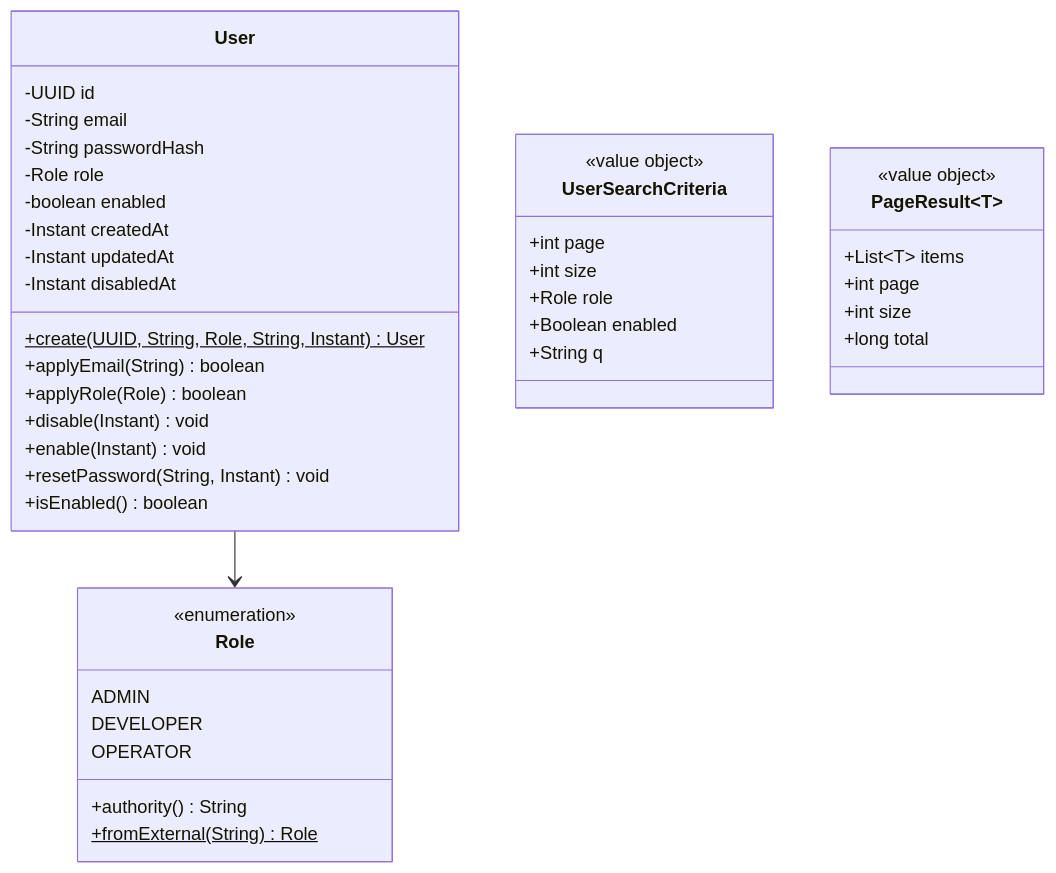
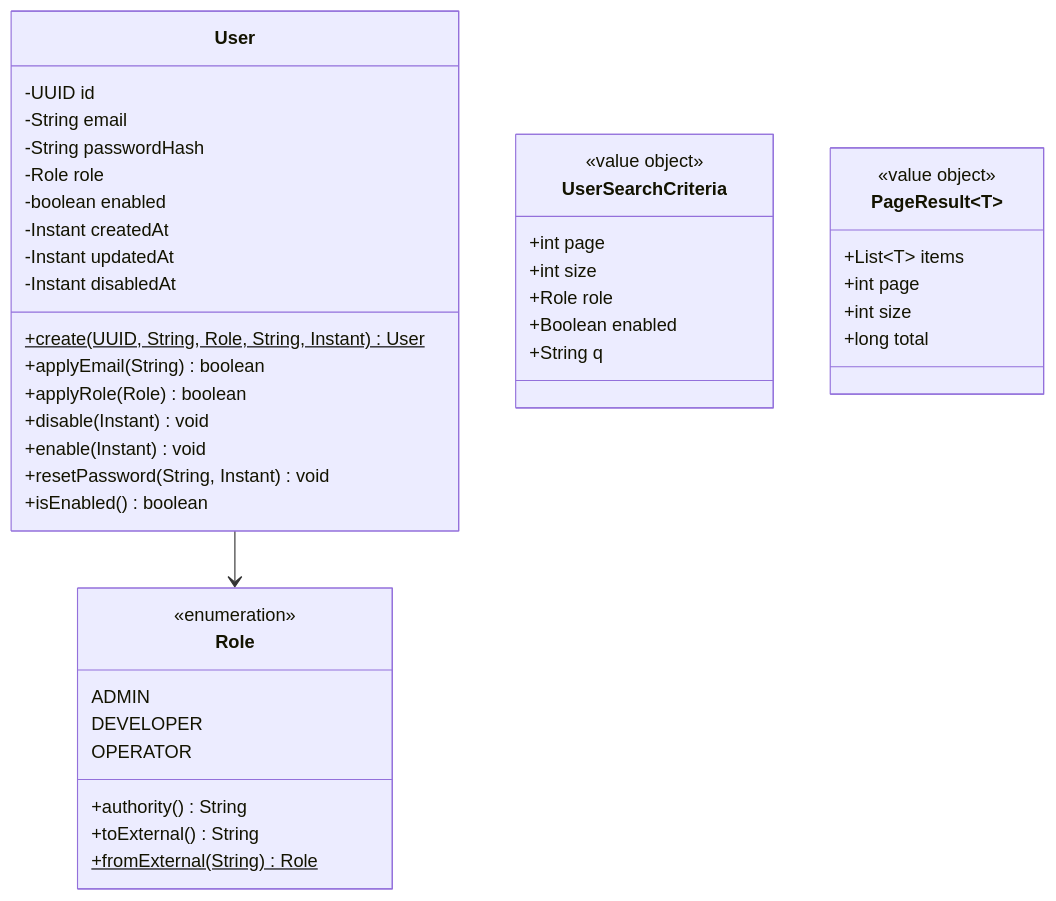
The second of 8 diagrams in docs/design/f-02-user-role-management-backend-class.md (ryohei-sumii/ForgeHub), drawn with Mermaid before and after one commit. The commit also changed other lines of this file, not shown here.

````diff
--- a/docs/design/f-02-user-role-management-backend-class.md
+++ b/docs/design/f-02-user-role-management-backend-class.md
@@ -244,44 +250,45 @@
 ```mermaid
 classDiagram
     class Role {
         <<enumeration>>
         ADMIN
         DEVELOPER
         OPERATOR
         +authority() String
+        +toExternal() String
         +fromExternal(String)$ Role
     }
     class User {
         -UUID id
         -String email
         -String passwordHash
         -Role role
         -boolean enabled
         -Instant createdAt
         -Instant updatedAt
         -Instant disabledAt
         +create(UUID, String, Role, String, Instant)$ User
         +applyEmail(String) boolean
         +applyRole(Role) boolean
         +disable(Instant) void
         +enable(Instant) void
         +resetPassword(String, Instant) void
         +isEnabled() boolean
     }
     class UserSearchCriteria {
         <<value object>>
         +int page
         +int size
         +Role role
         +Boolean enabled
         +String q
     }
     class PageResult~T~ {
         <<value object>>
         +List~T~ items
         +int page
         +int size
         +long total
     }
     User --> Role
 ```
````
